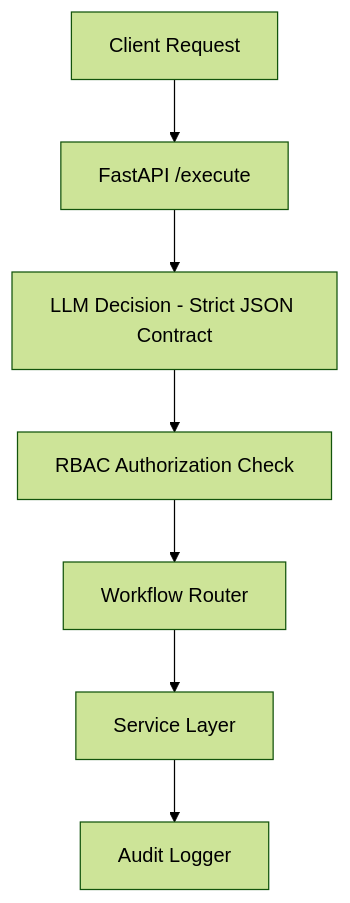
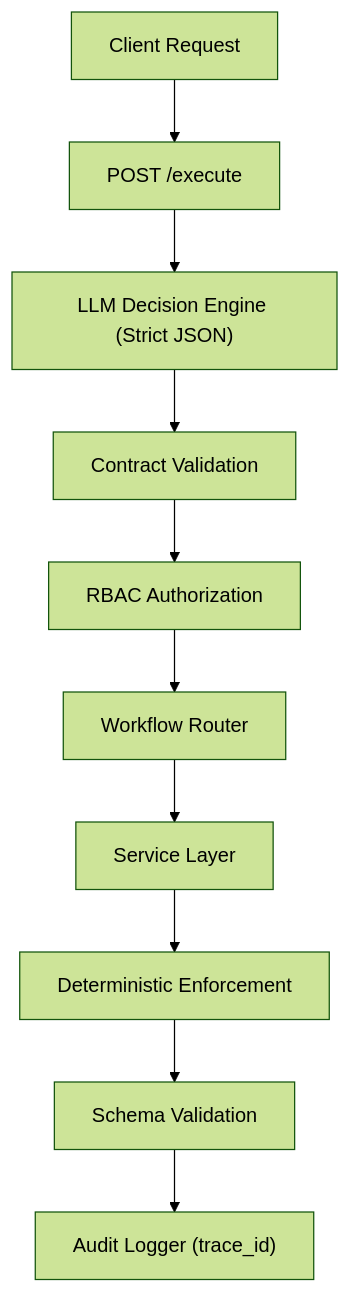
The diagram in README.md (drashadm/enterprise-ai-orchestrator), drawn with Mermaid (forest theme) before and after one commit. The commit also changed other lines of this file and 9 other files, not shown here.

````diff
--- a/README.md
+++ b/README.md
@@ -91,10 +62,12 @@
 ```mermaid
 flowchart TD
-    A["Client Request"] --> B["FastAPI /execute"]
-    B --> C["LLM Decision - Strict JSON Contract"]
-    C --> D["RBAC Authorization Check"]
-    D --> E["Workflow Router"]
-    E --> F["Service Layer"]
-    F --> G["Audit Logger"]
-
+    A["Client Request"] --> B["POST /execute"]
+    B --> C["LLM Decision Engine (Strict JSON)"]
+    C --> D["Contract Validation"]
+    D --> E["RBAC Authorization"]
+    E --> F["Workflow Router"]
+    F --> G["Service Layer"]
+    G --> H["Deterministic Enforcement"]
+    H --> I["Schema Validation"]
+    I --> J["Audit Logger (trace_id)"]
 ```
````
